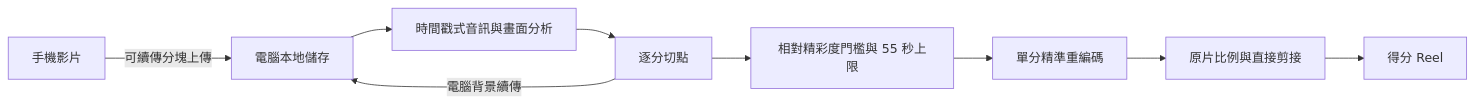
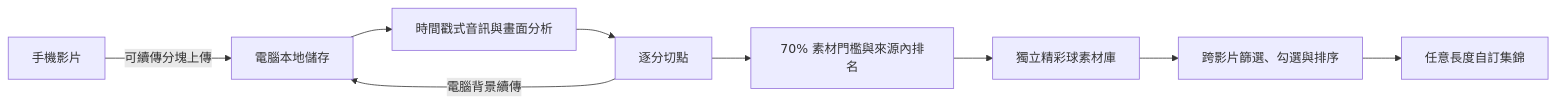
The diagram in README.md (momonong/pingpong-auto-highlight), drawn with Mermaid before and after one commit. The commit also changed other lines of this file and 3 other files, not shown here.

````diff
--- a/README.md
+++ b/README.md
@@ -375,11 +390,11 @@
 ```mermaid
 flowchart LR
     A["手機影片"] -->|"可續傳分塊上傳"| B["電腦本地儲存"]
     D["Google Drive 公開影片"] -->|"電腦背景續傳"| B
     B --> C["時間戳式音訊與畫面分析"]
     C --> D["逐分切點"]
-    D --> E["相對精彩度門檻與 55 秒上限"]
-    E --> F["單分精準重編碼"]
-    F --> G["原片比例與直接剪接"]
-    G --> H["得分 Reel"]
+    D --> E["70% 素材門檻與來源內排名"]
+    E --> F["獨立精彩球素材庫"]
+    F --> G["跨影片篩選、勾選與排序"]
+    G --> H["任意長度自訂集錦"]
 ```
````
